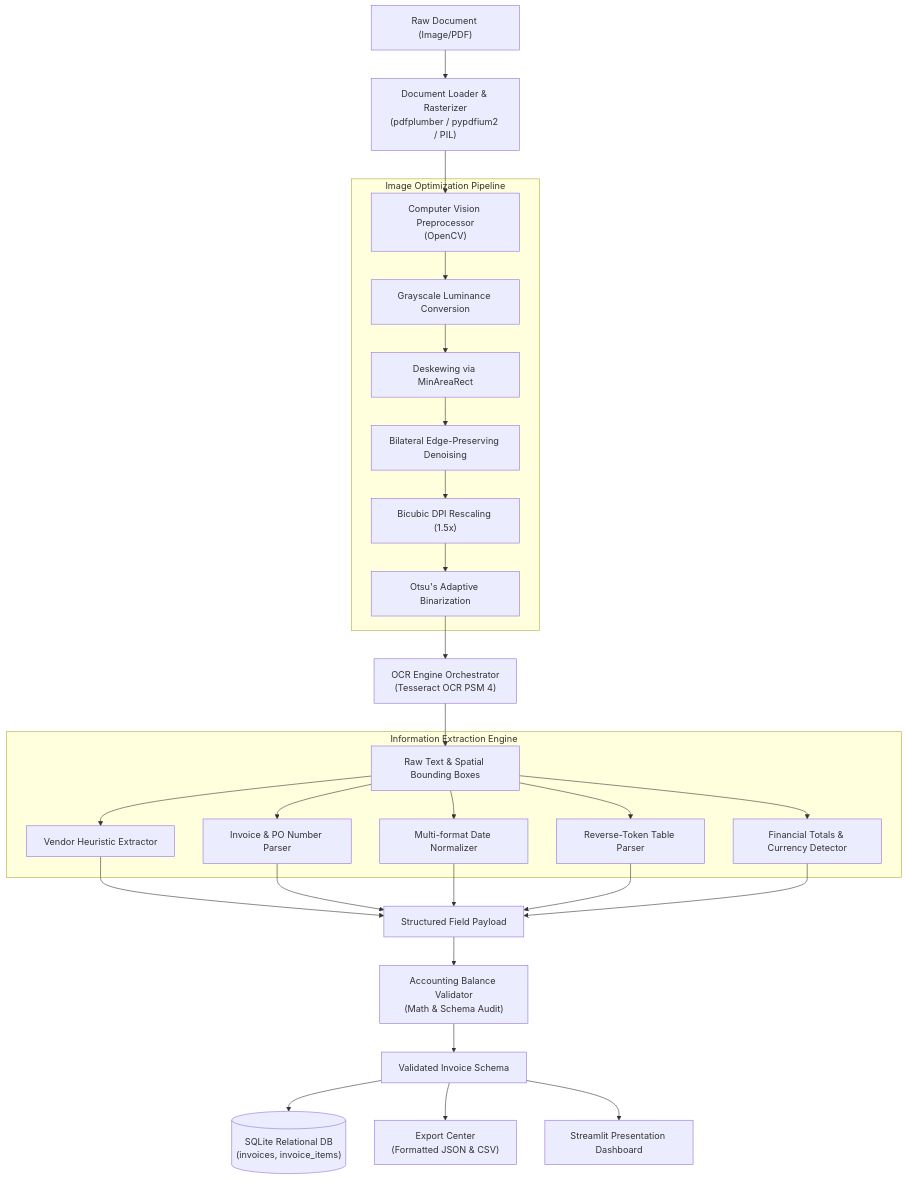
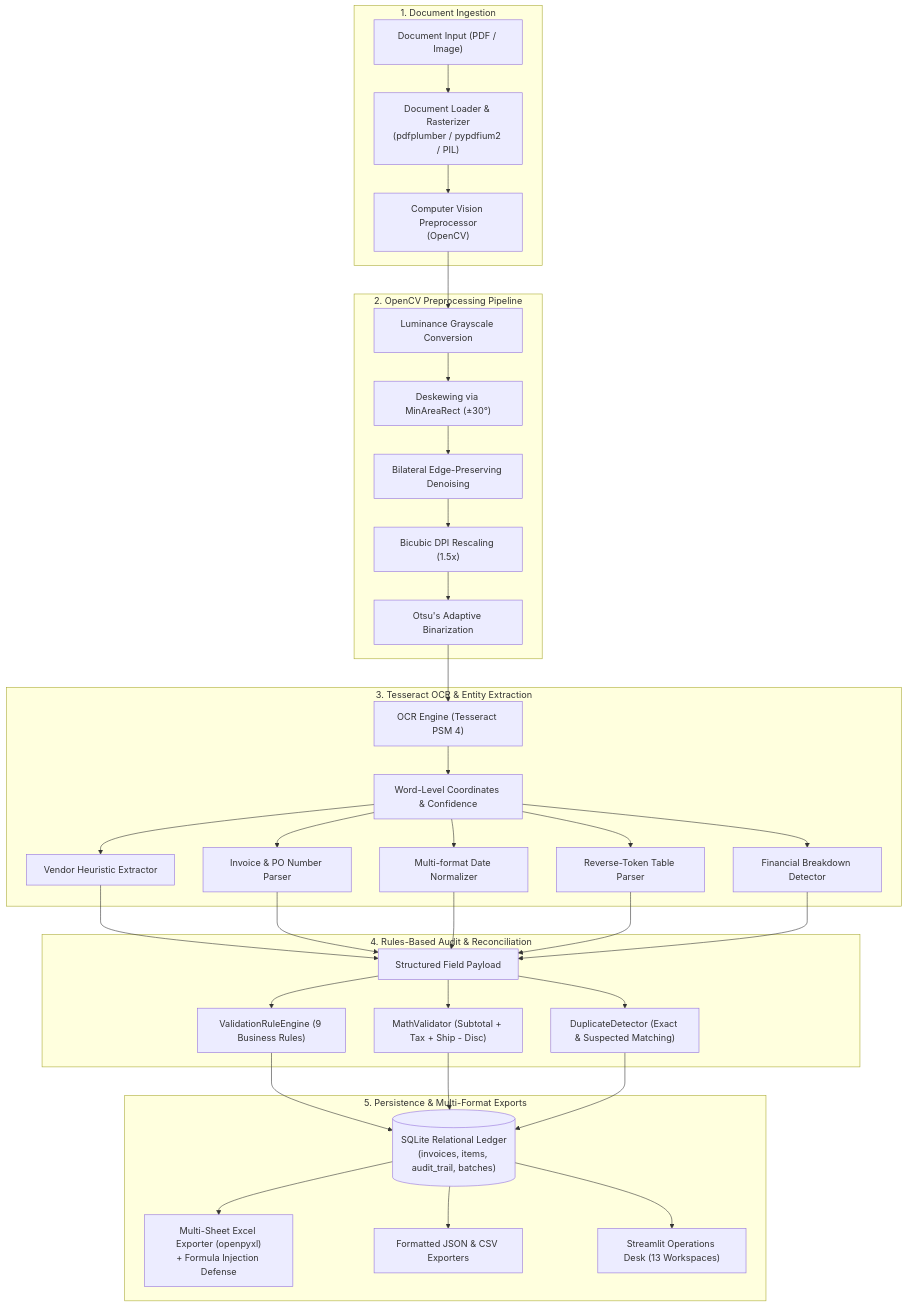
One commit to raguramrrp/90-days-90-projects-day-06-invoice-ocr-extractor changed the first of 2 diagrams in docs/ARCHITECTURE.md. Above: the diagram before and after it, drawn with Mermaid. The commit also changed other lines of this file and 22 other files, not shown here.

Commit message:
feat: transform invoice platform with 13 workspaces, batch processor, duplicate detection, and redesigned single-tier UI

````diff
--- a/docs/ARCHITECTURE.md
+++ b/docs/ARCHITECTURE.md
@@ -6,32 +10,39 @@
 ```mermaid
 flowchart TD
-    A["Raw Document (Image/PDF)"] --> B["Document Loader & Rasterizer\n(pdfplumber / pypdfium2 / PIL)"]
-    B --> C["Computer Vision Preprocessor\n(OpenCV)"]
-    
-    subgraph Preprocessing ["Image Optimization Pipeline"]
-        C --> C1["Grayscale Luminance Conversion"]
-        C1 --> C2["Deskewing via MinAreaRect"]
+    subgraph INGESTION ["1. Document Ingestion"]
+        A["Document Input (PDF / Image)"] --> B["Document Loader & Rasterizer\n(pdfplumber / pypdfium2 / PIL)"]
+        B --> C["Computer Vision Preprocessor\n(OpenCV)"]
+    end
+
+    subgraph PREPROCESSING ["2. OpenCV Preprocessing Pipeline"]
+        C --> C1["Luminance Grayscale Conversion"]
+        C1 --> C2["Deskewing via MinAreaRect (±30°)"]
         C2 --> C3["Bilateral Edge-Preserving Denoising"]
         C3 --> C4["Bicubic DPI Rescaling (1.5x)"]
         C4 --> C5["Otsu's Adaptive Binarization"]
     end
-    
-    C5 --> D["OCR Engine Orchestrator\n(Tesseract OCR PSM 4)"]
-    D --> E["Raw Text & Spatial Bounding Boxes"]
-    
-    subgraph Parsing ["Information Extraction Engine"]
+
+    subgraph EXTRACTION ["3. Tesseract OCR & Entity Extraction"]
+        C5 --> D["OCR Engine (Tesseract PSM 4)"]
+        D --> E["Word-Level Coordinates & Confidence"]
         E --> F1["Vendor Heuristic Extractor"]
         E --> F2["Invoice & PO Number Parser"]
         E --> F3["Multi-format Date Normalizer"]
         E --> F4["Reverse-Token Table Parser"]
-        E --> F5["Financial Totals & Currency Detector"]
+        E --> F5["Financial Breakdown Detector"]
     end
-    
-    F1 & F2 & F3 & F4 & F5 --> G["Structured Field Payload"]
-    G --> H["Accounting Balance Validator\n(Math & Schema Audit)"]
-    
-    H --> I["Validated Invoice Schema"]
-    I --> J[("SQLite Relational DB\n(invoices, invoice_items)")]
-    I --> K["Export Center\n(Formatted JSON & CSV)"]
-    I --> L["Streamlit Presentation Dashboard"]
+
+    subgraph AUDIT_RECONCILE ["4. Rules-Based Audit & Reconciliation"]
+        F1 & F2 & F3 & F4 & F5 --> G["Structured Field Payload"]
+        G --> H1["ValidationRuleEngine (9 Business Rules)"]
+        G --> H2["MathValidator (Subtotal + Tax + Ship - Disc)"]
+        G --> H3["DuplicateDetector (Exact & Suspected Matching)"]
+    end
+
+    subgraph PERSISTENCE_EXPORTS ["5. Persistence & Multi-Format Exports"]
+        H1 & H2 & H3 --> I[("SQLite Relational Ledger\n(invoices, items, audit_trail, batches)")]
+        I --> J["Multi-Sheet Excel Exporter (openpyxl)\n+ Formula Injection Defense"]
+        I --> K["Formatted JSON & CSV Exporters"]
+        I --> L["Streamlit Operations Desk (13 Workspaces)"]
+    end
 ```
````
